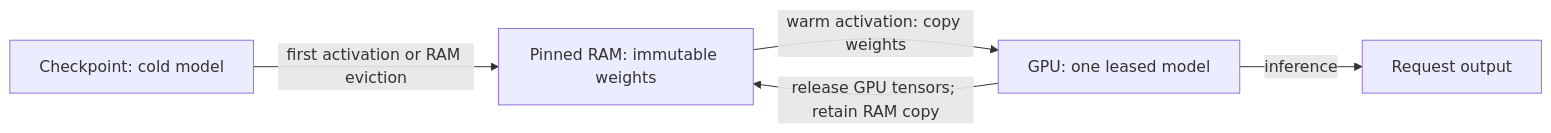
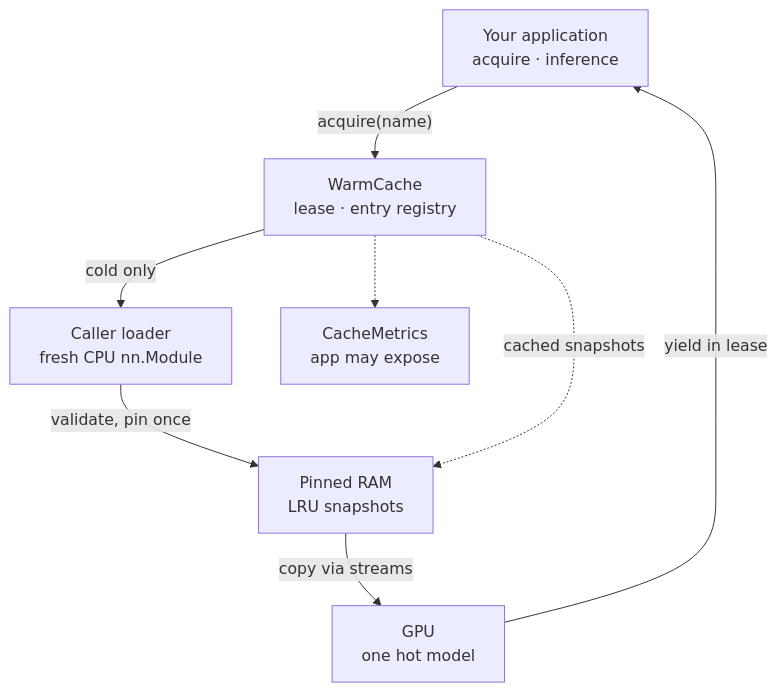
The diagram in README.md (shellnet68/model-swapper), drawn with Mermaid before and after one commit. The commit also changed other lines of this file and 1 other file, not shown here.

Commit message:
docs: add architecture and request flow (#2)
Publish the checked profile asset and source-backed documentation.

````diff
--- a/README.md
+++ b/README.md
@@ -13,7 +15,16 @@
 ```mermaid
-flowchart LR
-    Disk["Checkpoint: cold model"] -->|"first activation or RAM eviction"| RAM["Pinned RAM: immutable weights"]
-    RAM -->|"warm activation: copy weights"| GPU["GPU: one leased model"]
-    GPU -->|"inference"| Output["Request output"]
-    GPU -->|"release GPU tensors; retain RAM copy"| RAM
+flowchart TB
+    App["Your application<br/>acquire · inference"]
+    Cache["WarmCache<br/>lease · entry registry"]
+    Loader["Caller loader<br/>fresh CPU nn.Module"]
+    Pinned["Pinned RAM<br/>LRU snapshots"]
+    GPU["GPU<br/>one hot model"]
+    Metrics["CacheMetrics<br/>app may expose"]
+    App -->|"acquire(name)"| Cache
+    Cache -->|"cold only"| Loader
+    Loader -->|"validate, pin once"| Pinned
+    Cache -.->|"cached snapshots"| Pinned
+    Pinned -->|"copy via streams"| GPU
+    GPU -->|"yield in lease"| App
+    Cache -.-> Metrics
 ```
````
